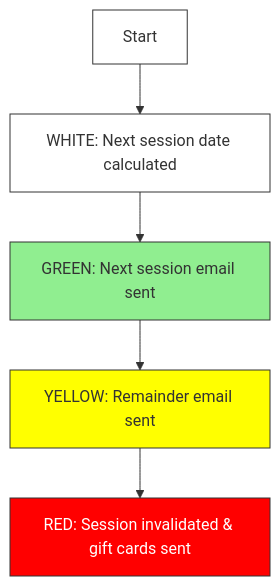
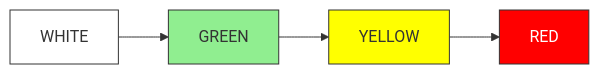
The third of 7 diagrams in README.md (ibrahimberb/gable-preview), drawn with Mermaid before and after one commit. The commit also changed other lines of this file, not shown here.

````diff
--- a/README.md
+++ b/README.md
@@ -183,13 +190,11 @@
 ```mermaid
-graph TD;
-    A["Start"] --> B["WHITE: Next session date calculated"];
-    B --> C["GREEN: Next session email sent"];
-    C --> D["YELLOW: Remainder email sent"];
-    D --> E["RED: Session invalidated & gift cards sent"];
+graph LR;
+    A[WHITE] --> B[GREEN];
+    B --> C[YELLOW];
+    C --> D[RED];
     
     style A fill:#fff,stroke:#333;
-    style B fill:#fff,stroke:#333;
-    style C fill:#90EE90,stroke:#333;
-    style D fill:#FFFF00,stroke:#333;
-    style E fill:#FF0000,color:#fff,stroke:#333;
+    style B fill:#90EE90,stroke:#333;
+    style C fill:#FFFF00,stroke:#333;
+    style D fill:#FF0000,color:#fff,stroke:#333;
 ```
````
